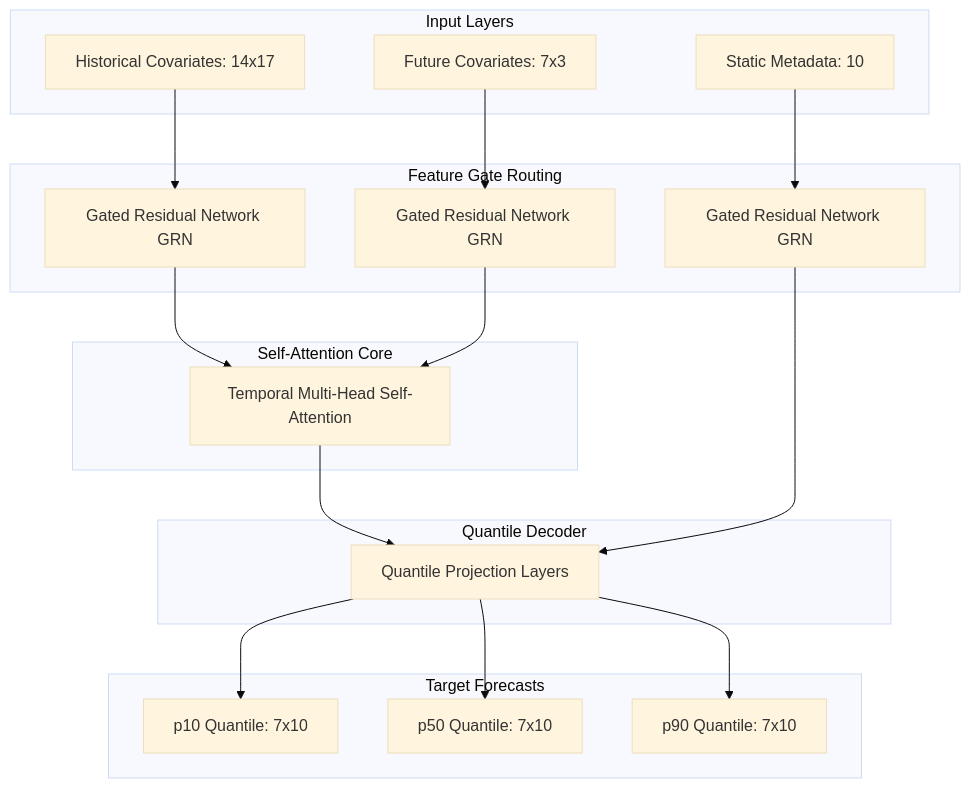
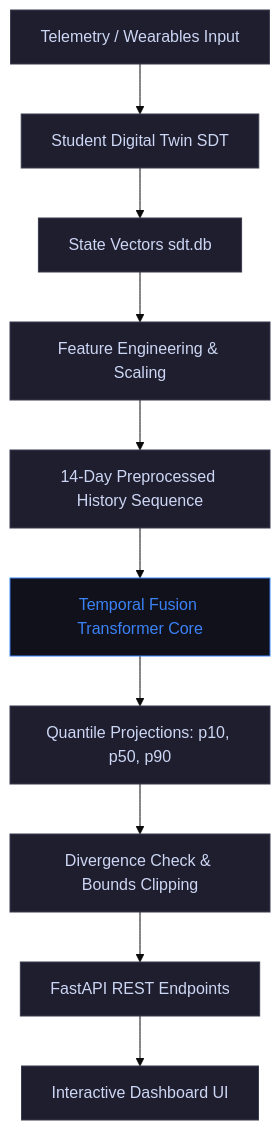
Before and after one commit to tezendrax/FPE-Student-State-Forecasting-Engine--Wellmefy: the diagram in report.md, drawn with Mermaid (base theme). The commit also changed other lines of this file and 5 other files, not shown here.

Commit message:
Simplify flowchart and embed results graphs

````diff
--- a/report.md
+++ b/report.md
@@ -106,35 +17,17 @@
 ```mermaid
 graph TD
-    %% Inputs
-    subgraph Input Layers
-        H[Historical Covariates: 14x17]
-        F[Future Covariates: 7x3]
-        S[Static Metadata: 10]
-    end
-    
-    %% Processing
-    subgraph Feature Gate Routing
-        H --> GRN1[Gated Residual Network GRN]
-        F --> GRN2[Gated Residual Network GRN]
-        S --> GRN3[Gated Residual Network GRN]
-    end
-    
-    %% Attention
-    subgraph Self-Attention Core
-        GRN1 --> SA[Temporal Multi-Head Self-Attention]
-        GRN2 --> SA
-    end
-    
-    %% Decoders
-    subgraph Quantile Decoder
-        SA --> QD[Quantile Projection Layers]
-        GRN3 --> QD
-    end
-    
-    %% Outputs
-    subgraph Target Forecasts
-        QD --> P10[p10 Quantile: 7x10]
-        QD --> P50[p50 Quantile: 7x10]
-        QD --> P90[p90 Quantile: 7x10]
-    end
+    A[Telemetry / Wearables Input] --> B[Student Digital Twin SDT]
+    B --> C[State Vectors sdt.db]
+    C --> D[Feature Engineering & Scaling]
+    D --> E[14-Day Preprocessed History Sequence]
+    E --> F[Temporal Fusion Transformer Core]
+    F --> G[Quantile Projections: p10, p50, p90]
+    G --> H[Divergence Check & Bounds Clipping]
+    H --> I[FastAPI REST Endpoints]
+    I --> J[Interactive Dashboard UI]
+
+    %% Styling
+    classDef default fill:#1e1e2e,stroke:#3b3b4f,color:#cdd6f4;
+    classDef highlight fill:#11111b,stroke:#3b82f6,color:#3b82f6;
+    class F highlight;
 ```
````
